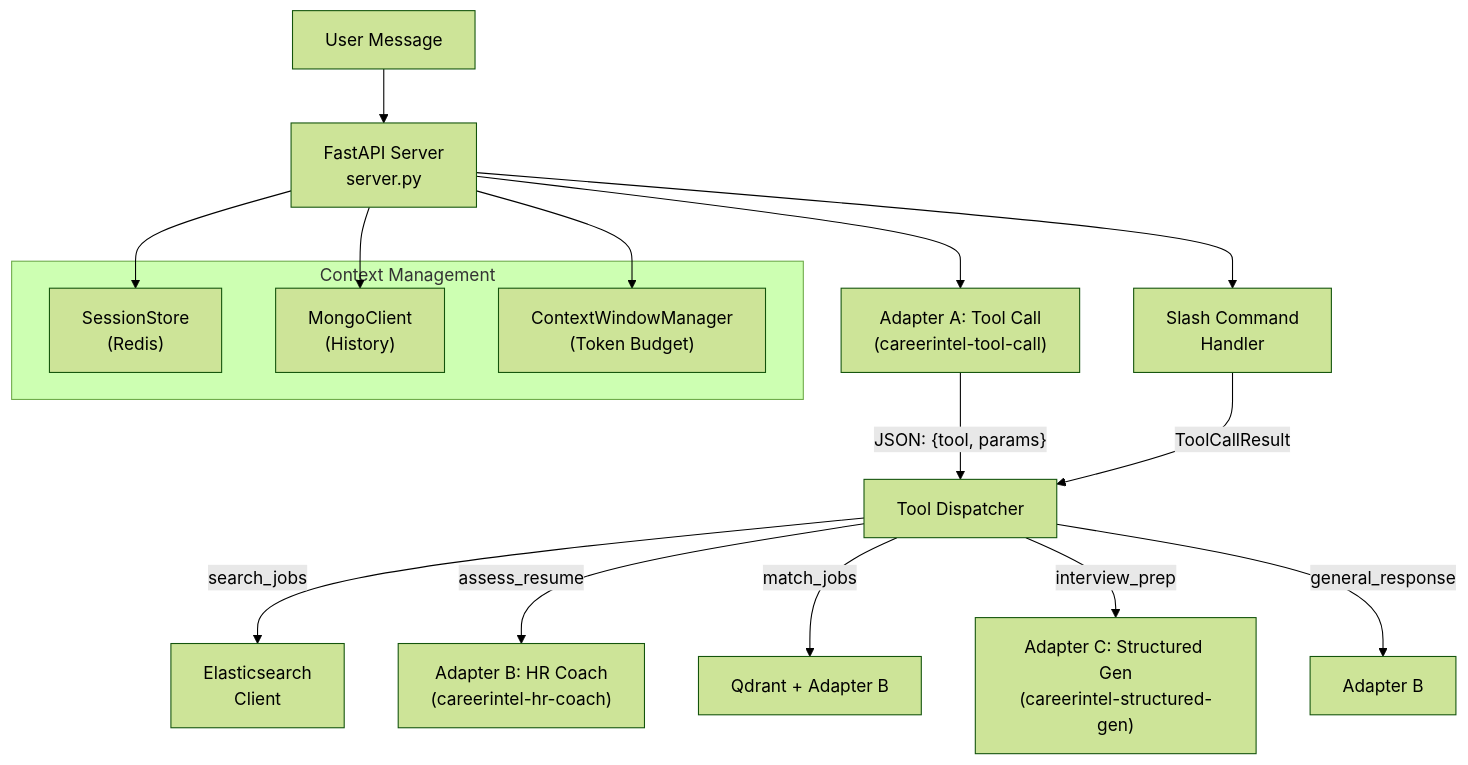
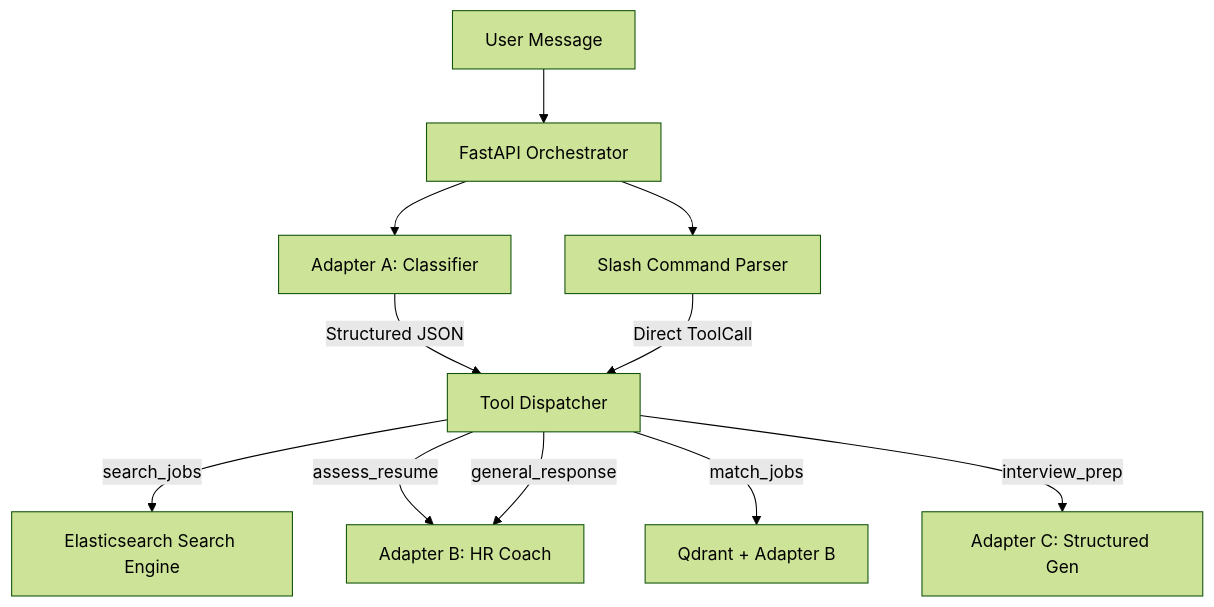
Before and after one commit to Vinhnguyen1227/Job-Market-Analytics-Platform: the first of 3 diagrams in chapter_7_thesis_1.md, drawn with Mermaid (forest theme). The commit also changed other lines of this file and 46 other files, not shown here.

````diff
--- a/chapter_7_thesis_1.md
+++ b/chapter_7_thesis_1.md
@@ -11,26 +9,14 @@
 ```mermaid
 flowchart TB
-    USER["User Message"] --> SERVER["FastAPI Server<br>server.py"]
+    USER["User Message"] --> SERVER["FastAPI Orchestrator"]
+    SERVER --> SLASH["Slash Command Parser"]
+    SERVER --> ADAPTER_A["Adapter A: Classifier"]
+    ADAPTER_A -->|"Structured JSON"| DISPATCH["Tool Dispatcher"]
+    SLASH -->|"Direct ToolCall"| DISPATCH
     
-    SERVER --> SLASH["Slash Command<br>Handler"]
-    SERVER --> ADAPTER_A["Adapter A: Tool Call<br>(careerintel-tool-call)"]
-    
-    ADAPTER_A -->|"JSON: {tool, params}"| DISPATCH["Tool Dispatcher"]
-    SLASH -->|"ToolCallResult"| DISPATCH
-    
-    DISPATCH -->|"search_jobs"| ES["Elasticsearch<br>Client"]
-    DISPATCH -->|"assess_resume"| ADAPTER_B["Adapter B: HR Coach<br>(careerintel-hr-coach)"]
-    DISPATCH -->|"match_jobs"| QDRANT_B["Qdrant + Adapter B"]
-    DISPATCH -->|"interview_prep"| ADAPTER_C["Adapter C: Structured Gen<br>(careerintel-structured-gen)"]
-    DISPATCH -->|"general_response"| ADAPTER_B2["Adapter B"]
-    
-    subgraph "Context Management"
-        SESSION["SessionStore<br>(Redis)"]
-        MONGO_H["MongoClient<br>(History)"]
-        CTX["ContextWindowManager<br>(Token Budget)"]
-    end
-    
-    SERVER --> SESSION
-    SERVER --> MONGO_H
-    SERVER --> CTX
+    DISPATCH -->|"search_jobs"| ES["Elasticsearch Search Engine"]
+    DISPATCH -->|"assess_resume"| ADAPTER_B["Adapter B: HR Coach"]
+    DISPATCH -->|"match_jobs"| QDRANT["Qdrant + Adapter B"]
+    DISPATCH -->|"interview_prep"| ADAPTER_C["Adapter C: Structured Gen"]
+    DISPATCH -->|"general_response"| ADAPTER_B
 ```
````
